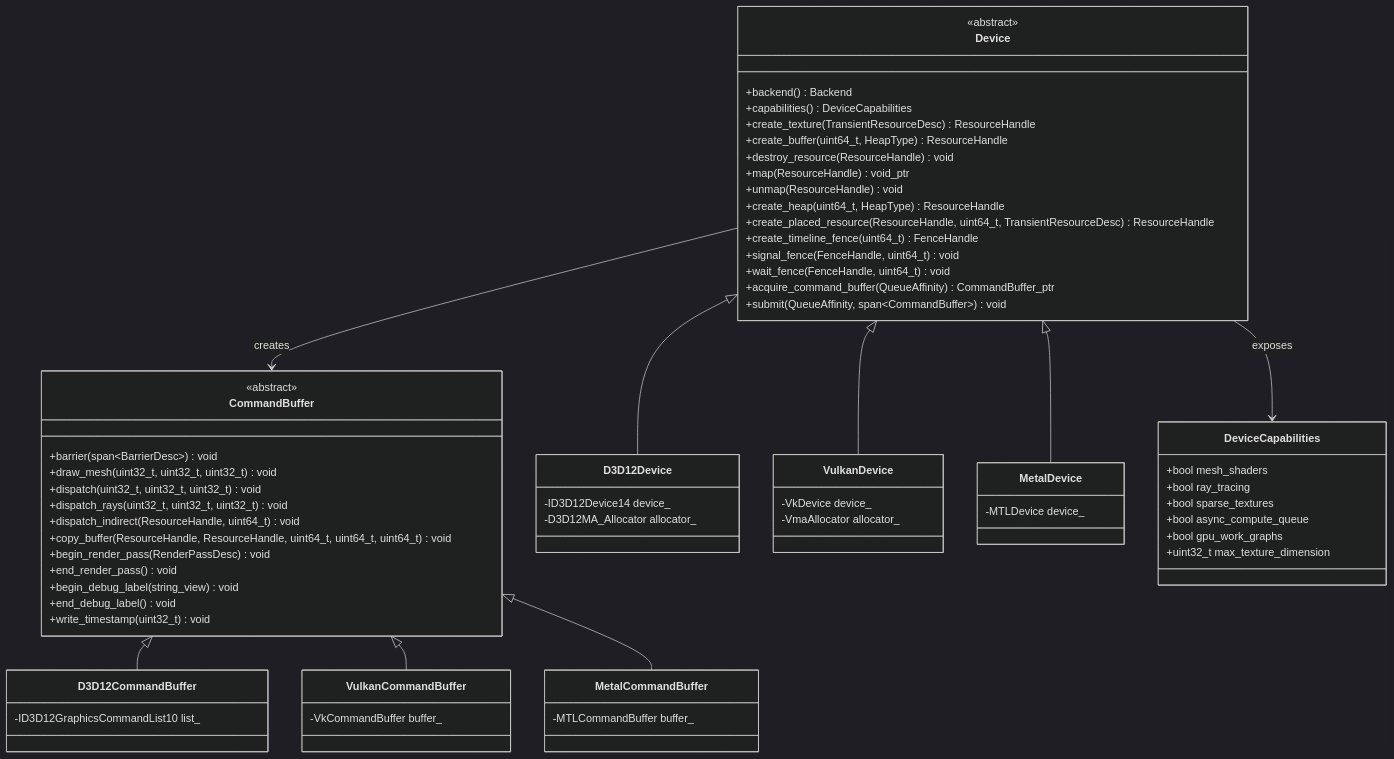
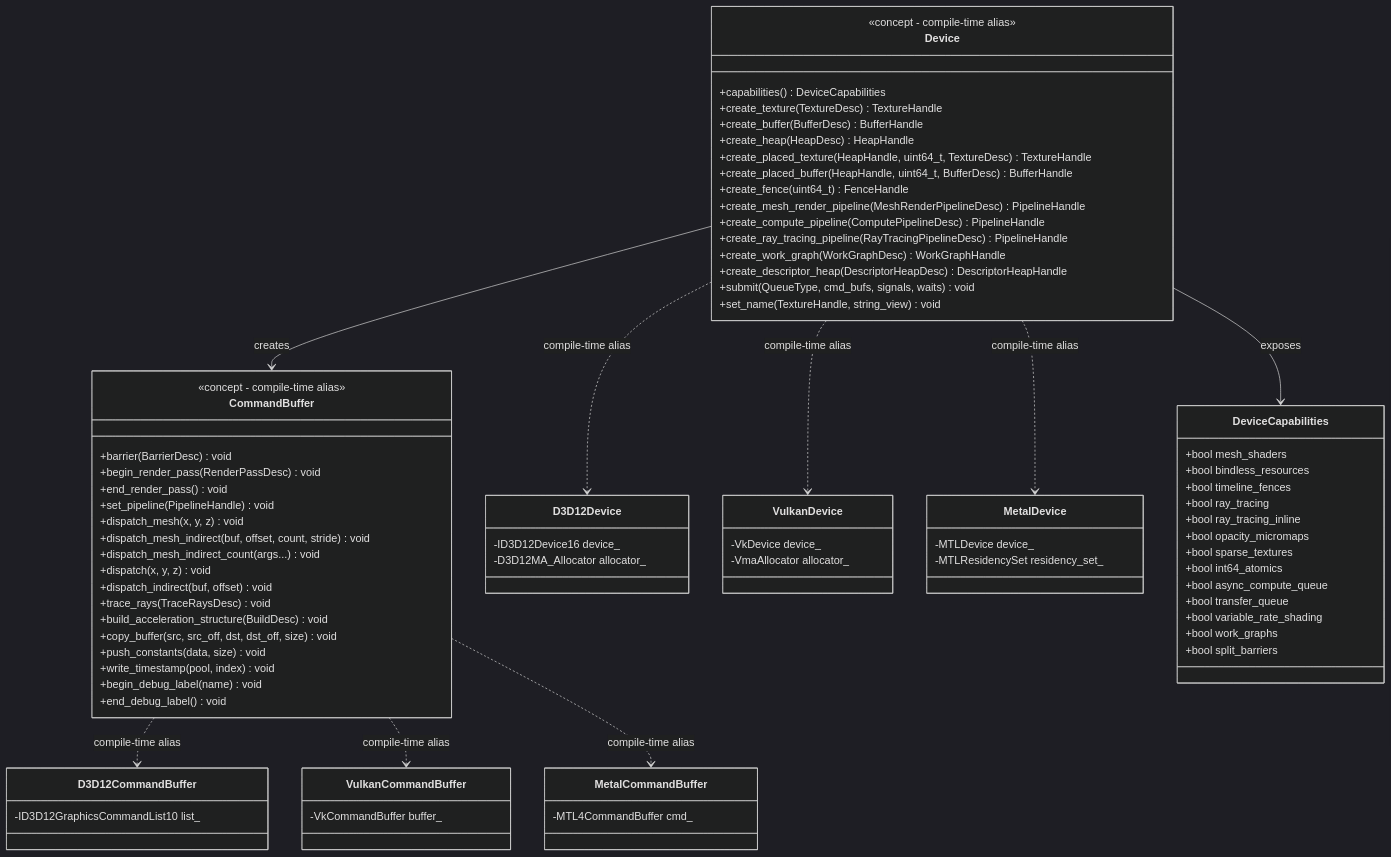
The ninth of 15 diagrams in docs/design/render-graph-classes.md (harmonius-dev/harmonius), drawn with Mermaid (dark theme) before and after one commit. The commit also changed other lines of this file and 5 other files, not shown here.

Commit message:
Expand design of GPU backend and asset pipeline

````diff
--- a/docs/design/render-graph-classes.md
+++ b/docs/design/render-graph-classes.md
@@ -523,38 +530,43 @@
 ```mermaid
 classDiagram
     class Device {
-        <<abstract>>
-        +backend() Backend
+        <<concept - compile-time alias>>
         +capabilities() DeviceCapabilities
-        +create_texture(TransientResourceDesc) ResourceHandle
-        +create_buffer(uint64_t, HeapType) ResourceHandle
-        +destroy_resource(ResourceHandle) void
-        +map(ResourceHandle) void_ptr
-        +unmap(ResourceHandle) void
-        +create_heap(uint64_t, HeapType) ResourceHandle
-        +create_placed_resource(ResourceHandle, uint64_t, TransientResourceDesc) ResourceHandle
-        +create_timeline_fence(uint64_t) FenceHandle
-        +signal_fence(FenceHandle, uint64_t) void
-        +wait_fence(FenceHandle, uint64_t) void
-        +acquire_command_buffer(QueueAffinity) CommandBuffer_ptr
-        +submit(QueueAffinity, span~CommandBuffer~) void
+        +create_texture(TextureDesc) TextureHandle
+        +create_buffer(BufferDesc) BufferHandle
+        +create_heap(HeapDesc) HeapHandle
+        +create_placed_texture(HeapHandle, uint64_t, TextureDesc) TextureHandle
+        +create_placed_buffer(HeapHandle, uint64_t, BufferDesc) BufferHandle
+        +create_fence(uint64_t) FenceHandle
+        +create_mesh_render_pipeline(MeshRenderPipelineDesc) PipelineHandle
+        +create_compute_pipeline(ComputePipelineDesc) PipelineHandle
+        +create_ray_tracing_pipeline(RayTracingPipelineDesc) PipelineHandle
+        +create_work_graph(WorkGraphDesc) WorkGraphHandle
+        +create_descriptor_heap(DescriptorHeapDesc) DescriptorHeapHandle
+        +submit(QueueType, cmd_bufs, signals, waits) void
+        +set_name(TextureHandle, string_view) void
     }
     class CommandBuffer {
-        <<abstract>>
-        +barrier(span~BarrierDesc~) void
-        +draw_mesh(uint32_t, uint32_t, uint32_t) void
-        +dispatch(uint32_t, uint32_t, uint32_t) void
-        +dispatch_rays(uint32_t, uint32_t, uint32_t) void
-        +dispatch_indirect(ResourceHandle, uint64_t) void
-        +copy_buffer(ResourceHandle, ResourceHandle, uint64_t, uint64_t, uint64_t) void
+        <<concept - compile-time alias>>
+        +barrier(BarrierDesc) void
         +begin_render_pass(RenderPassDesc) void
         +end_render_pass() void
-        +begin_debug_label(string_view) void
+        +set_pipeline(PipelineHandle) void
+        +dispatch_mesh(x, y, z) void
+        +dispatch_mesh_indirect(buf, offset, count, stride) void
+        +dispatch_mesh_indirect_count(args...) void
+        +dispatch(x, y, z) void
+        +dispatch_indirect(buf, offset) void
+        +trace_rays(TraceRaysDesc) void
+        +build_acceleration_structure(BuildDesc) void
+        +copy_buffer(src, src_off, dst, dst_off, size) void
+        +push_constants(data, size) void
+        +write_timestamp(pool, index) void
+        +begin_debug_label(name) void
         +end_debug_label() void
-        +write_timestamp(uint32_t) void
     }
     class D3D12Device {
-        -ID3D12Device14 device_
+        -ID3D12Device16 device_
         -D3D12MA_Allocator allocator_
     }
     class VulkanDevice {
@@ -563,6 +575,7 @@
     }
     class MetalDevice {
         -MTLDevice device_
+        -MTLResidencySet residency_set_
     }
     class D3D12CommandBuffer {
         -ID3D12GraphicsCommandList10 list_
@@ -571,23 +584,30 @@
         -VkCommandBuffer buffer_
     }
     class MetalCommandBuffer {
-        -MTLCommandBuffer buffer_
+        -MTL4CommandBuffer cmd_
     }
     class DeviceCapabilities {
         +bool mesh_shaders
+        +bool bindless_resources
+        +bool timeline_fences
         +bool ray_tracing
+        +bool ray_tracing_inline
+        +bool opacity_micromaps
         +bool sparse_textures
+        +bool int64_atomics
         +bool async_compute_queue
-        +bool gpu_work_graphs
-        +uint32_t max_texture_dimension
+        +bool transfer_queue
+        +bool variable_rate_shading
+        +bool work_graphs
+        +bool split_barriers
     }
 
-    Device <|-- D3D12Device
-    Device <|-- VulkanDevice
-    Device <|-- MetalDevice
-    CommandBuffer <|-- D3D12CommandBuffer
-    CommandBuffer <|-- VulkanCommandBuffer
-    CommandBuffer <|-- MetalCommandBuffer
+    Device ..> D3D12Device : compile-time alias
+    Device ..> VulkanDevice : compile-time alias
+    Device ..> MetalDevice : compile-time alias
+    CommandBuffer ..> D3D12CommandBuffer : compile-time alias
+    CommandBuffer ..> VulkanCommandBuffer : compile-time alias
+    CommandBuffer ..> MetalCommandBuffer : compile-time alias
     Device --> CommandBuffer : creates
     Device --> DeviceCapabilities : exposes
 ```
````
